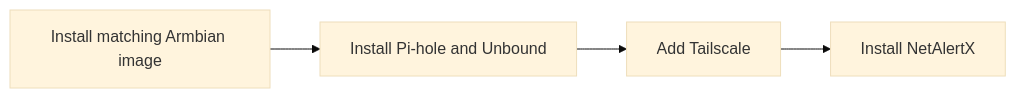
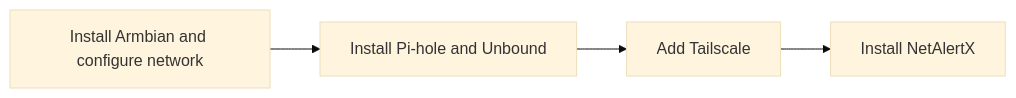
One commit to CocoHusky/bobcat300-dns changed the second of 2 diagrams in README.md. Above: the diagram before and after it, drawn with Mermaid (base theme). The commit also changed other lines of this file and 3 other files, not shown here.

````diff
--- a/README.md
+++ b/README.md
@@ -76,6 +74,6 @@
 ```mermaid
 flowchart LR
-    flash[Install matching Armbian image] --> dns[Install Pi-hole and Unbound]
+    flash[Install Armbian and configure network] --> dns[Install Pi-hole and Unbound]
     dns --> ts[Add Tailscale]
     ts --> monitor[Install NetAlertX]
 ```
````
